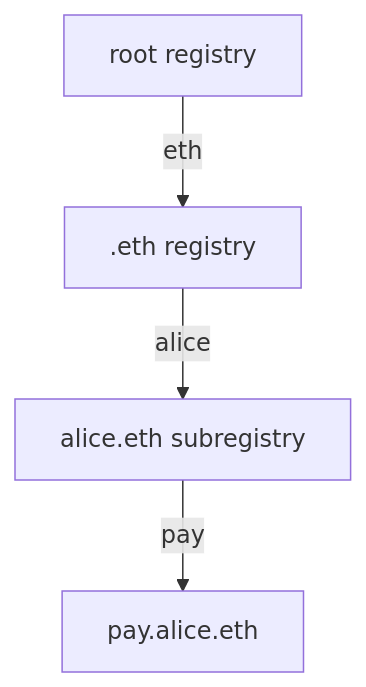
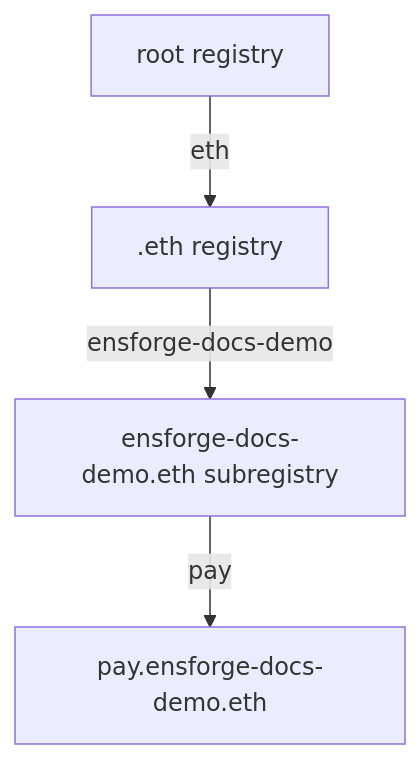
One commit to thenamespace/ensforge changed the diagram in apps/docs/content/docs/sdk/(upgrading)/registries-and-subregistries.mdx. Above: the diagram before and after it, drawn with Mermaid. The commit also changed other lines of this file and 60 other files, not shown here.

Commit message:
docs(sdk): tighten descriptions, fix examples, diagrams and names for 1.0.1

````diff
--- a/apps/docs/content/docs/sdk/(upgrading)/registries-and-subregistries.mdx
+++ b/apps/docs/content/docs/sdk/(upgrading)/registries-and-subregistries.mdx
@@ -25,6 +25,6 @@
 ```mermaid
 flowchart TD
   R[root registry] -->|eth| E[.eth registry]
-  E -->|alice| U[alice.eth subregistry]
-  U -->|pay| C[pay.alice.eth]
+  E -->|ensforge-docs-demo| U[ensforge-docs-demo.eth subregistry]
+  U -->|pay| C[pay.ensforge-docs-demo.eth]
 ```
````
